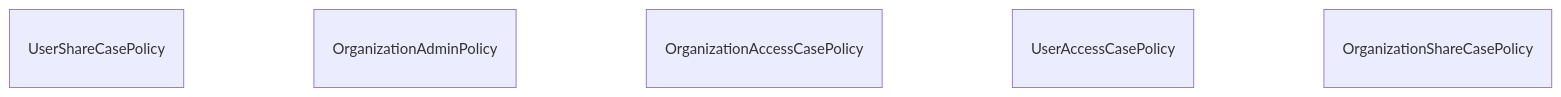
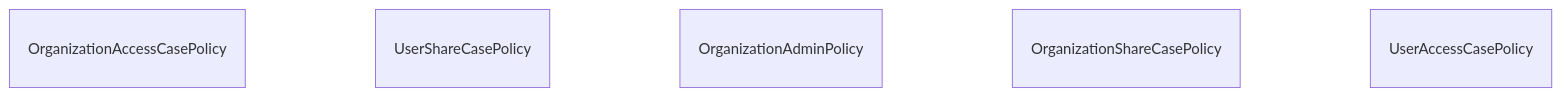
The diagram in docs/erm/casedb.abac.md (RIVM-bioinformatics/gen-epix-api), drawn with Mermaid before and after one commit. The commit also changed other lines of this file and 112 other files, not shown here.

````diff
--- a/docs/erm/casedb.abac.md
+++ b/docs/erm/casedb.abac.md
@@ -5,20 +5,20 @@
 ```mermaid
 erDiagram
     %% casedb / ABAC (simplified)
+
+    OrganizationAccessCasePolicy {
+    }
 
     UserShareCasePolicy {
     }
 
     OrganizationAdminPolicy {
     }
 
-    OrganizationAccessCasePolicy {
+    OrganizationShareCasePolicy {
     }
 
     UserAccessCasePolicy {
     }
 
-    OrganizationShareCasePolicy {
-    }
-
 ```
````
